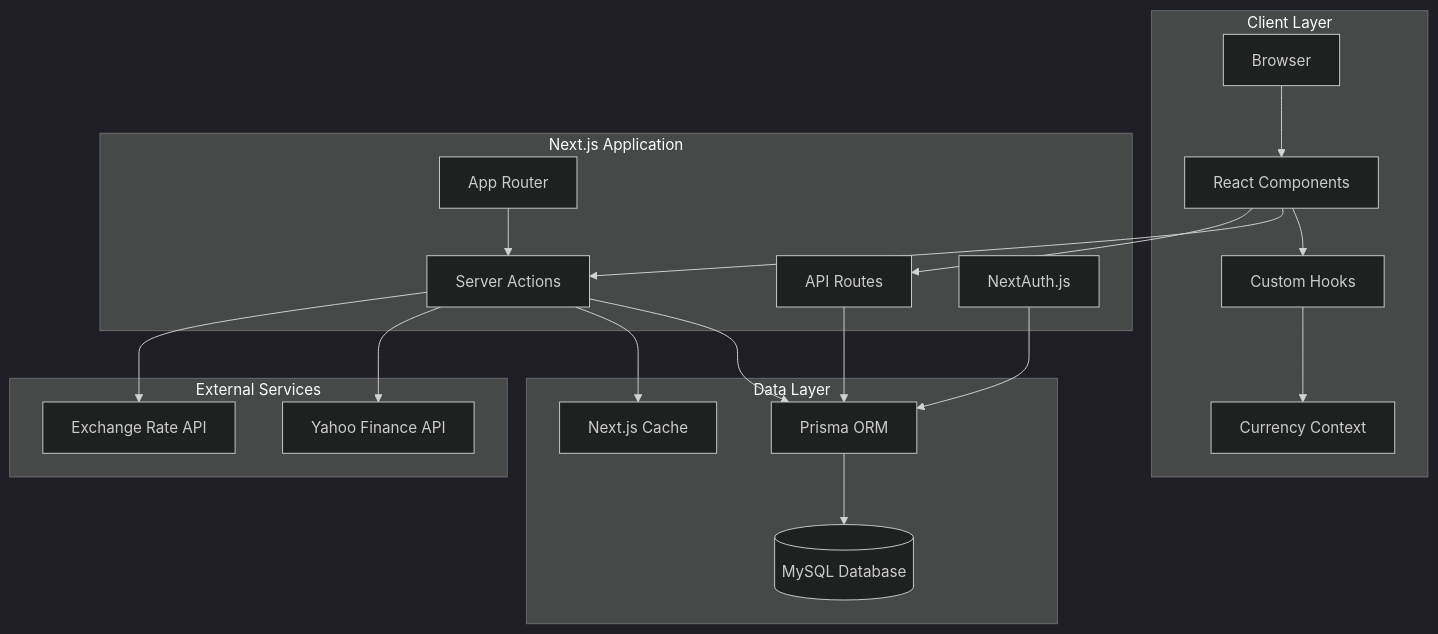
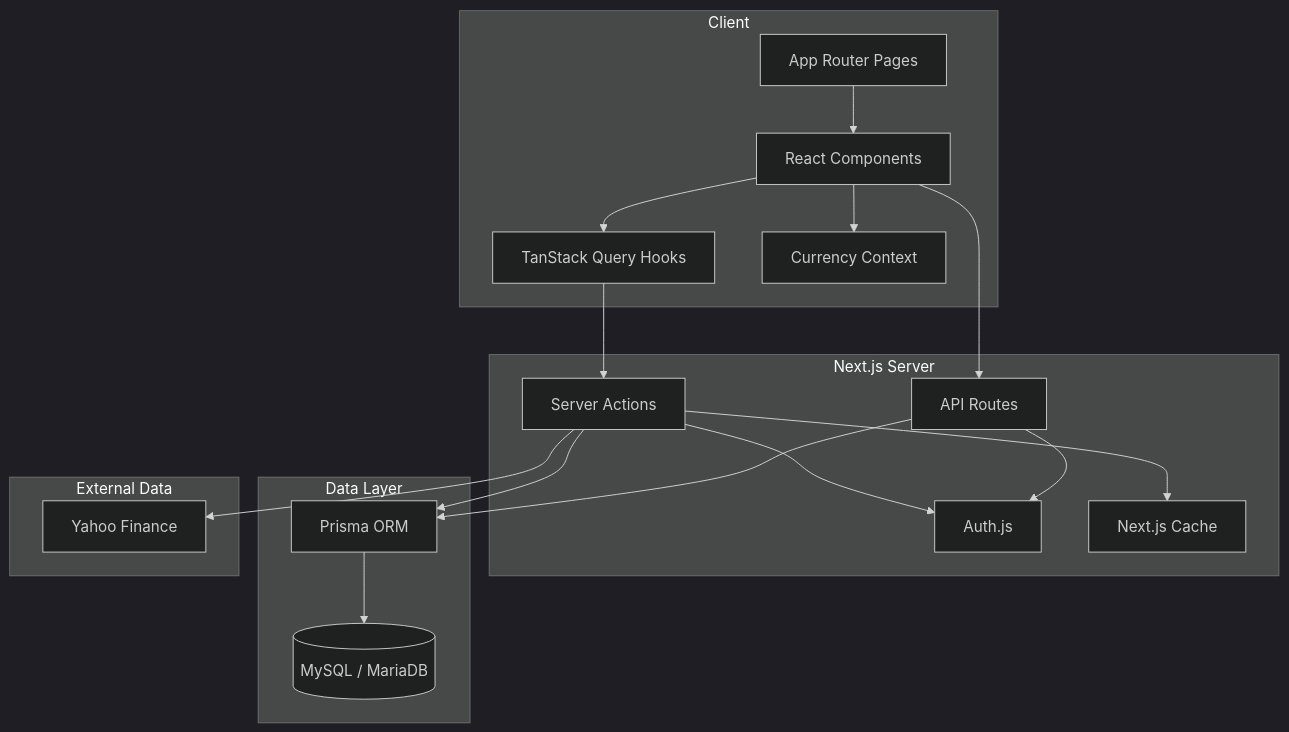
Before and after one commit to fakhririzha/expense-tracker: the diagram in README.md, drawn with Mermaid (dark theme). The commit also changed other lines of this file and 2 other files, not shown here.

Commit message:
docs: update README to reflect application rebranding to FinHealth and enhance feature descriptions

````diff
--- a/README.md
+++ b/README.md
@@ -211,41 +171,38 @@
 ```mermaid
 graph TB
-    subgraph Client["Client Layer"]
-        Browser["Browser"]
-        UI["React Components"]
-        Hooks["Custom Hooks"]
-        Context["Currency Context"]
+    subgraph Client["Client"]
+        Pages["App Router Pages"]
+        Components["React Components"]
+        Hooks["TanStack Query Hooks"]
+        Currency["Currency Context"]
     end
 
-    subgraph NextJS["Next.js Application"]
-        AppRouter["App Router"]
-        ServerActions["Server Actions"]
-        APIRoutes["API Routes"]
-        Auth["NextAuth.js"]
-    end
-
-    subgraph DataLayer["Data Layer"]
-        Prisma["Prisma ORM"]
-        MySQL[("MySQL Database")]
+    subgraph Server["Next.js Server"]
+        Actions["Server Actions"]
+        Routes["API Routes"]
+        Auth["Auth.js"]
         Cache["Next.js Cache"]
     end
 
-    subgraph External["External Services"]
-        YahooFinance["Yahoo Finance API"]
-        ExchangeRate["Exchange Rate API"]
+    subgraph Data["Data Layer"]
+        Prisma["Prisma ORM"]
+        MySQL[("MySQL / MariaDB")]
     end
 
-    Browser --> UI
-    UI --> Hooks
-    Hooks --> Context
-    UI --> ServerActions
-    UI --> APIRoutes
-    AppRouter --> ServerActions
-    ServerActions --> Prisma
-    ServerActions --> Cache
-    ServerActions --> YahooFinance
-    ServerActions --> ExchangeRate
-    APIRoutes --> Prisma
-    Auth --> Prisma
+    subgraph External["External Data"]
+        Yahoo["Yahoo Finance"]
+    end
+
+    Pages --> Components
+    Components --> Hooks
+    Components --> Currency
+    Hooks --> Actions
+    Components --> Routes
+    Actions --> Auth
+    Actions --> Prisma
+    Routes --> Auth
+    Routes --> Prisma
+    Actions --> Cache
+    Actions --> Yahoo
     Prisma --> MySQL
 ```
````
